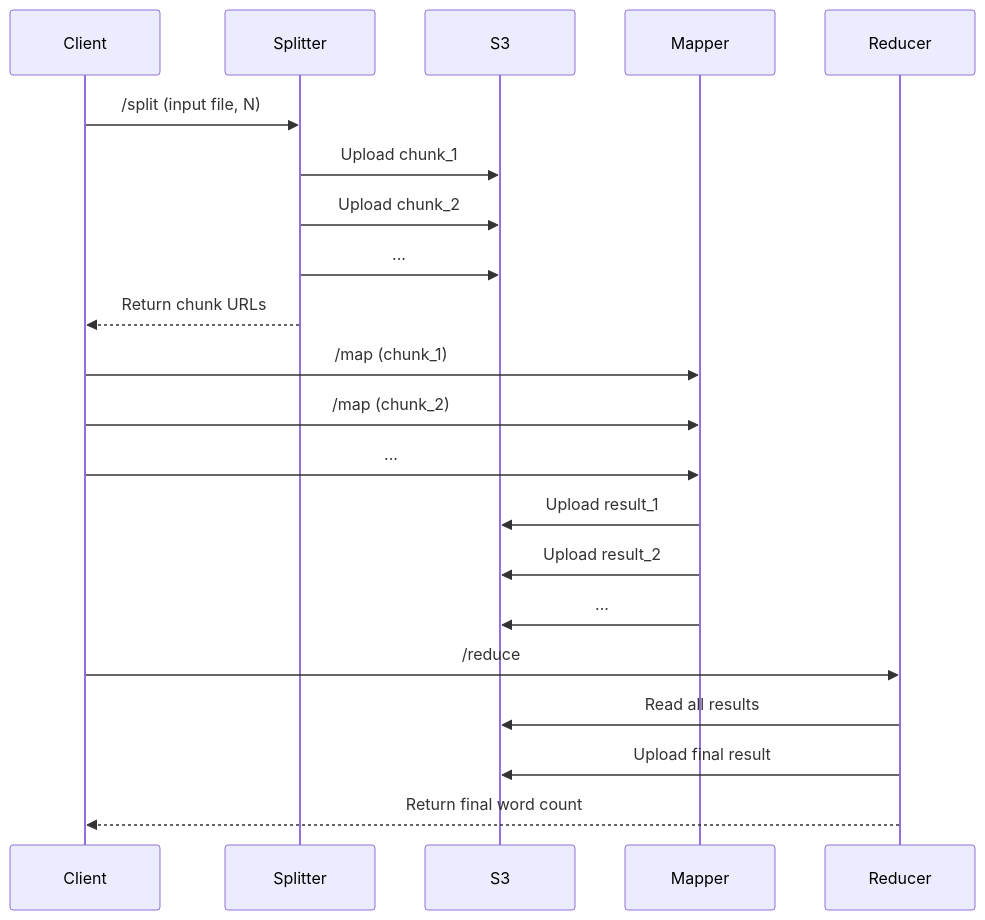
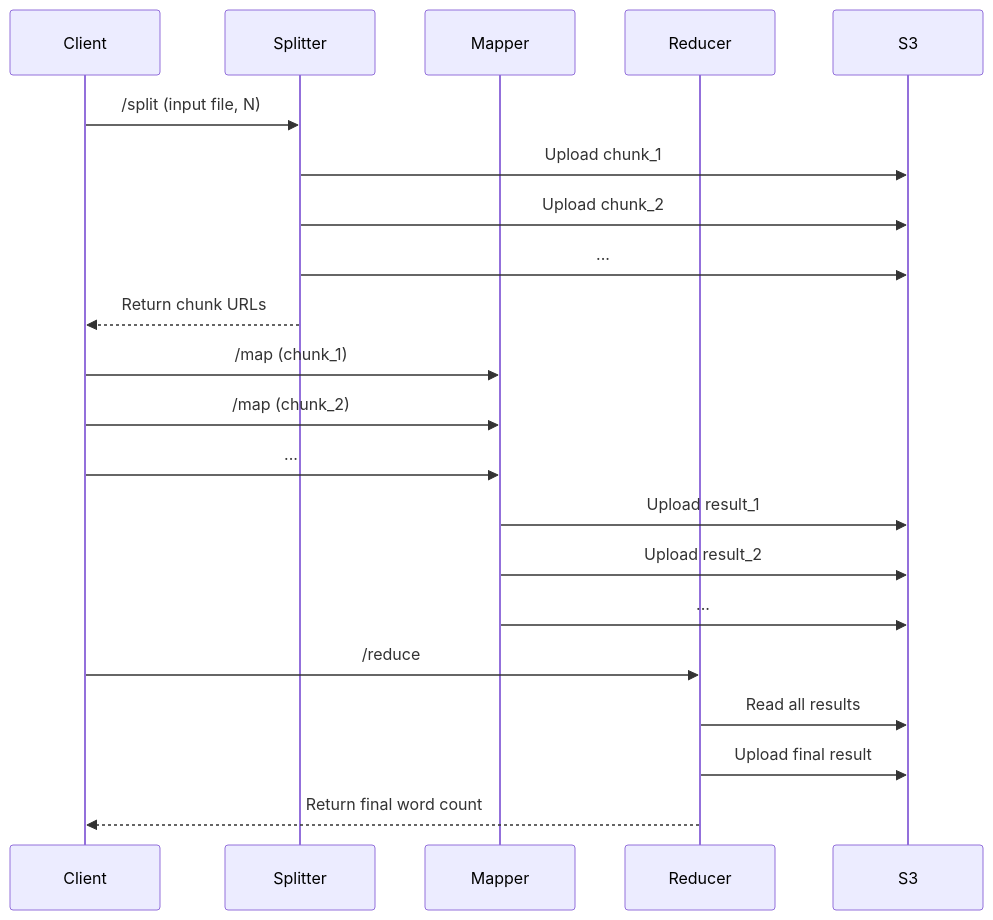
The diagram in Homework4/README.md (PCBZ/CS6650), drawn with Mermaid before and after one commit. The commit also changed other lines of this file, not shown here.

````diff
--- a/Homework4/README.md
+++ b/Homework4/README.md
@@ -38,26 +38,26 @@
 ```mermaid
 sequenceDiagram
     participant Client
     participant Splitter
-    participant S3
     participant Mapper
     participant Reducer
+    participant S3
 
     Client->>Splitter: /split (input file, N)
     Splitter->>S3: Upload chunk_1
     Splitter->>S3: Upload chunk_2
     Splitter->>S3: ...
     Splitter-->>Client: Return chunk URLs
 
     Client->>Mapper: /map (chunk_1)
     Client->>Mapper: /map (chunk_2)
     Client->>Mapper: ...
     Mapper->>S3: Upload result_1
     Mapper->>S3: Upload result_2
     Mapper->>S3: ...
 
     Client->>Reducer: /reduce
     Reducer->>S3: Read all results
     Reducer->>S3: Upload final result
     Reducer-->>Client: Return final word count
 ```
````
